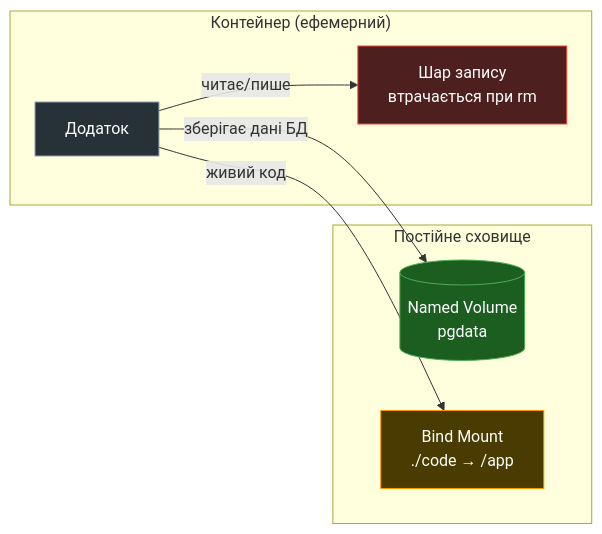
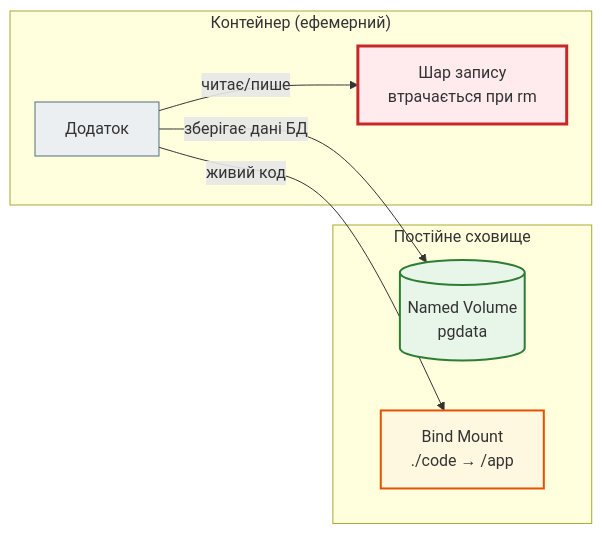
One commit to NikoriakViktot/notes_chat_app changed the fourth of 5 diagrams in docs/10_linux_and_devops/docker_guide.md. Above: the diagram before and after it, drawn with Mermaid. The commit also changed other lines of this file and 441 other files, not shown here.

First line of the commit message:
Add English version of the book, Mermaid standard, docs fixes

````diff
--- a/docs/10_linux_and_devops/docker_guide.md
+++ b/docs/10_linux_and_devops/docker_guide.md
@@ -749,21 +754,25 @@
 ```mermaid
 flowchart LR
-    classDef container fill:#263238,stroke:#90a4ae,color:#fff
-    classDef volume fill:#1b5e20,stroke:#4caf50,color:#fff
-    classDef host fill:#4a3b00,stroke:#ff9800,color:#fff
-    classDef lost fill:#4e1f1f,stroke:#f44336,color:#fff
-
     subgraph "Контейнер (ефемерний)"
-        App[Додаток]:::container
-        WritableLayer[Шар запису\nвтрачається при rm]:::lost
+        App["Додаток"]
+        WritableLayer["Шар запису<br>втрачається при rm"]
     end
 
     subgraph "Постійне сховище"
-        NamedVolume[(Named Volume\npgdata)]:::volume
-        BindMount[Bind Mount\n./code → /app]:::host
+        NamedVolume[("Named Volume<br>pgdata")]
+        BindMount["Bind Mount<br>./code → /app"]
     end
 
     App -->|читає/пише| WritableLayer
     App -->|зберігає дані БД| NamedVolume
     App -->|живий код| BindMount
+
+    classDef step     fill:#eceff1,stroke:#546e7a,stroke-width:1px;
+    classDef success  fill:#e8f5e9,stroke:#2e7d32,stroke-width:2px;
+    classDef error    fill:#ffebee,stroke:#c62828,stroke-width:3px;
+    classDef warning  fill:#fff8e1,stroke:#e65100,stroke-width:2px;
+    class App step;
+    class NamedVolume success;
+    class WritableLayer error;
+    class BindMount warning;
 ```
````
